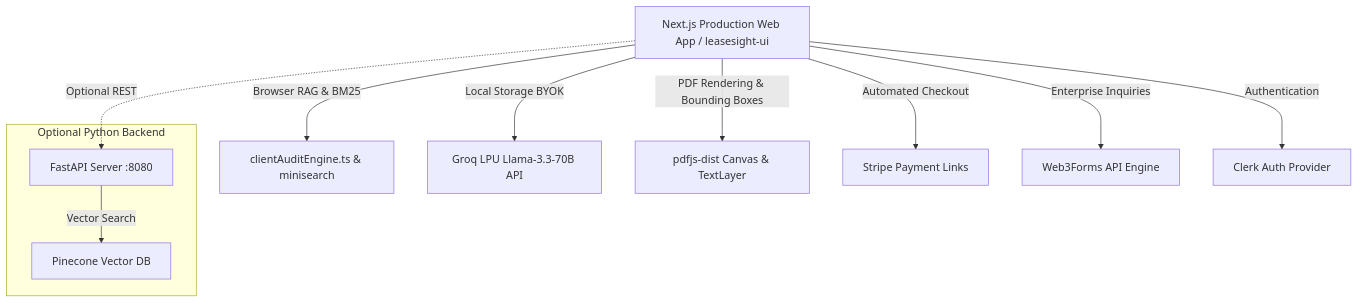
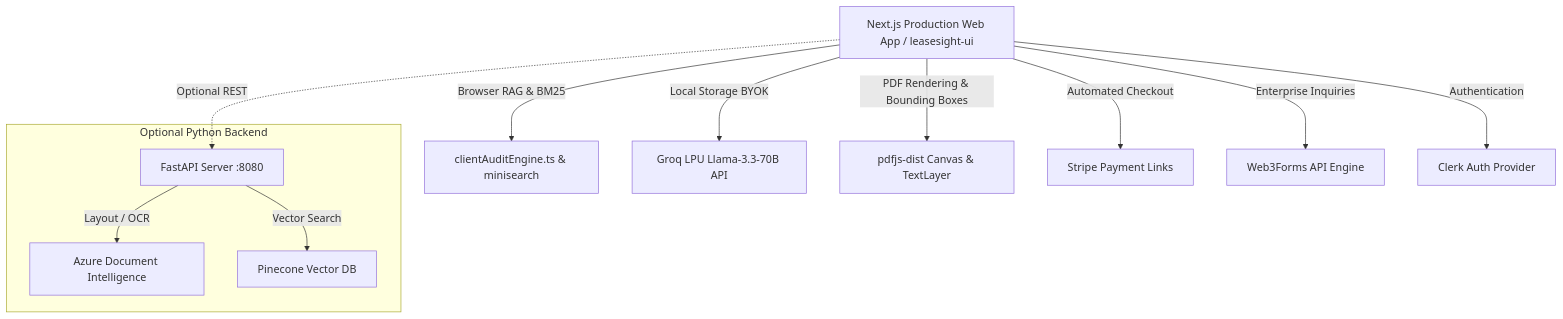
The diagram in README.md (ZainUlAbideen02/LeaseSight), drawn with Mermaid before and after one commit. The commit also changed other lines of this file, not shown here.

````diff
--- a/README.md
+++ b/README.md
@@ -22,15 +22,16 @@
 ```mermaid
 graph TD
     Client[Next.js Production Web App / leasesight-ui] -->|Browser RAG & BM25| LocalEngine[clientAuditEngine.ts & minisearch]
     Client -->|Local Storage BYOK| GroqSDK[Groq LPU Llama-3.3-70B API]
     Client -->|PDF Rendering & Bounding Boxes| PDFJS[pdfjs-dist Canvas & TextLayer]
     Client -->|Automated Checkout| Stripe[Stripe Payment Links]
     Client -->|Enterprise Inquiries| Web3Forms[Web3Forms API Engine]
     Client -->|Authentication| Clerk[Clerk Auth Provider]
-
+    
     subgraph Optional Python Backend
-        API[FastAPI Server :8080] -->|Vector Search| Pinecone[Pinecone Vector DB]
+        API[FastAPI Server :8080] -->|Layout / OCR| Azure[Azure Document Intelligence]
+        API -->|Vector Search| Pinecone[Pinecone Vector DB]
     end
-
+    
     Client -.->|Optional REST| API
 ```
````
